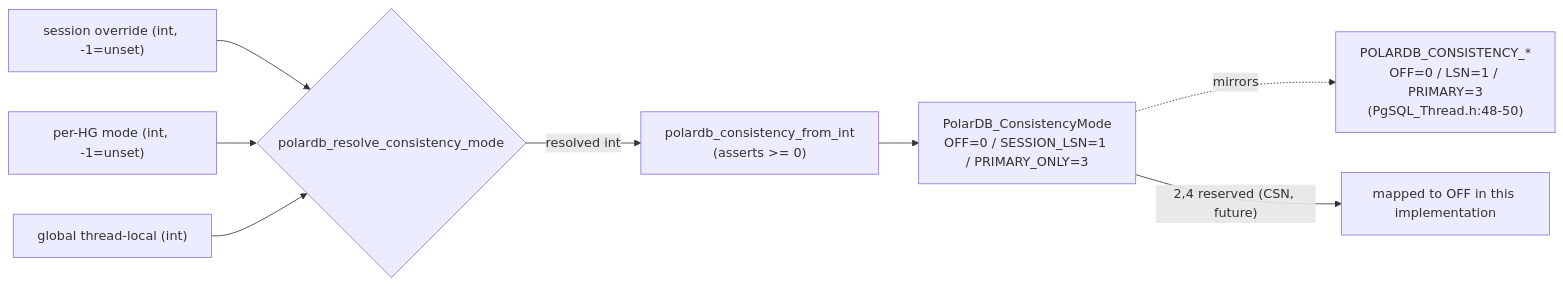
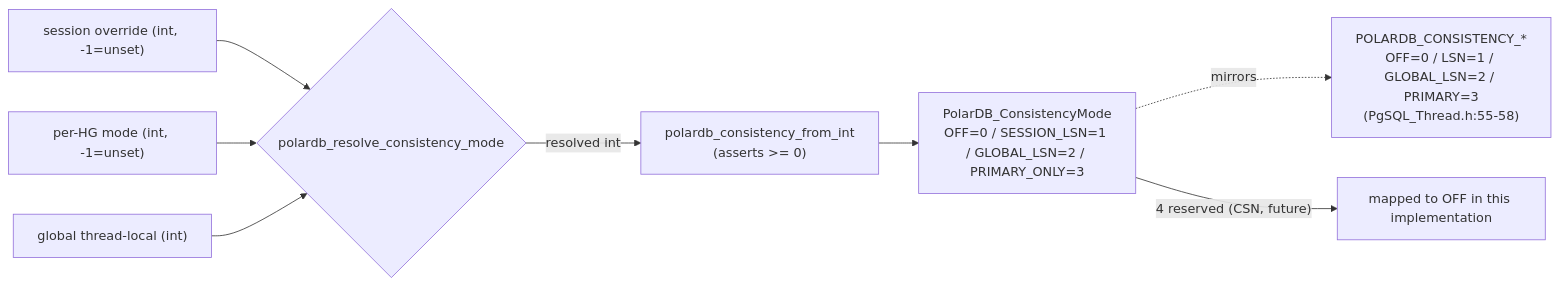
Before and after one commit to awide-labs/polar-proxy: the second of 3 diagrams in doc/polardb-arch/03-TYPES-AND-ENUMS.md, drawn with Mermaid. The commit also changed other lines of this file and 21 other files, not shown here.

````diff
--- a/doc/polardb-arch/03-TYPES-AND-ENUMS.md
+++ b/doc/polardb-arch/03-TYPES-AND-ENUMS.md
@@ -499,10 +516,10 @@
 ```mermaid
 flowchart LR
     SO["session override (int, -1=unset)"] --> R{polardb_resolve_consistency_mode}
     HG["per-HG mode (int, -1=unset)"] --> R
     GL["global thread-local (int)"] --> R
     R -->|resolved int| CFI["polardb_consistency_from_int<br/>(asserts >= 0)"]
-    CFI --> M["PolarDB_ConsistencyMode<br/>OFF=0 / SESSION_LSN=1 / PRIMARY_ONLY=3"]
-    M -.mirrors.-> C["POLARDB_CONSISTENCY_*<br/>OFF=0 / LSN=1 / PRIMARY=3<br/>(PgSQL_Thread.h:48-50)"]
-    M -->|"2,4 reserved (CSN, future)"| OFFnode["mapped to OFF in this implementation"]
+    CFI --> M["PolarDB_ConsistencyMode<br/>OFF=0 / SESSION_LSN=1 / GLOBAL_LSN=2 / PRIMARY_ONLY=3"]
+    M -.mirrors.-> C["POLARDB_CONSISTENCY_*<br/>OFF=0 / LSN=1 / GLOBAL_LSN=2 / PRIMARY=3<br/>(PgSQL_Thread.h:55-58)"]
+    M -->|"4 reserved (CSN, future)"| OFFnode["mapped to OFF in this implementation"]
 ```
````
